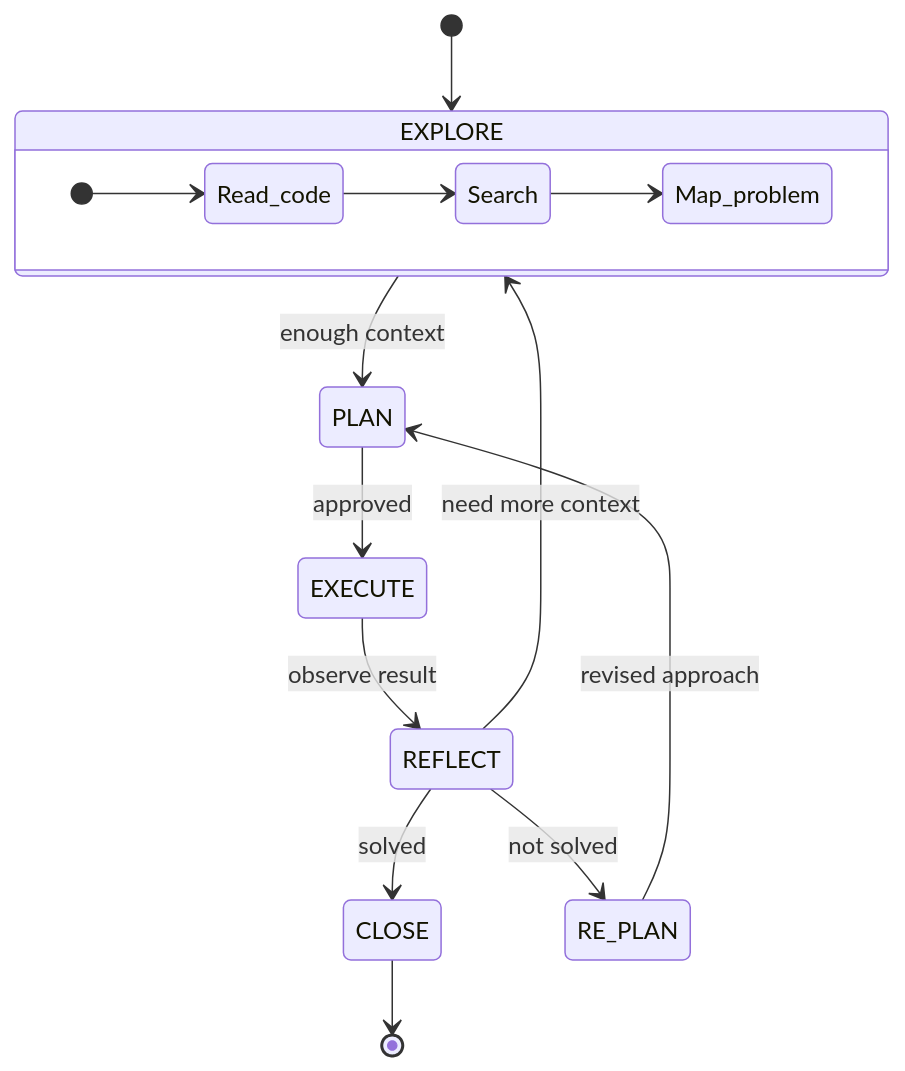
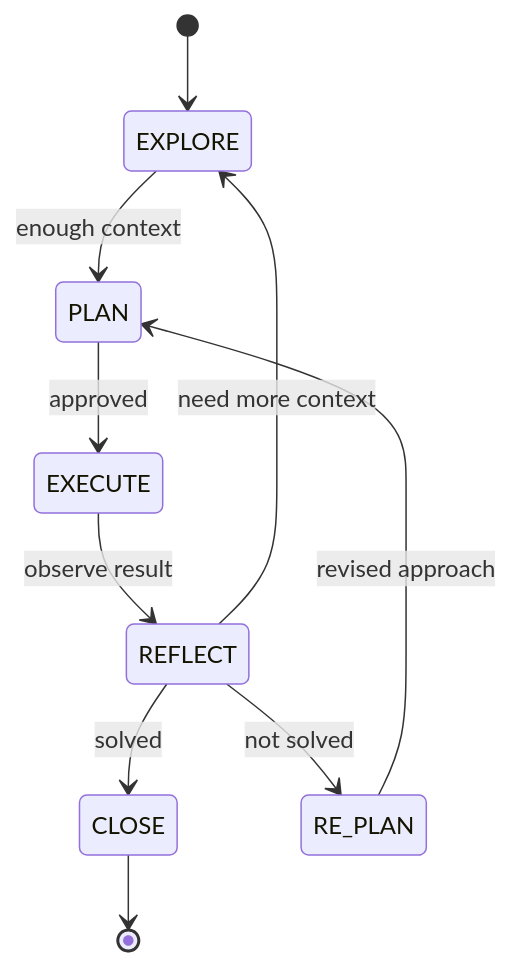
The diagram in README.md (NikolasMarkou/iterative-planner), drawn with Mermaid before and after one commit.

Commit message:
Remove EXPLORE substate from Mermaid diagram

````diff
--- a/README.md
+++ b/README.md
@@ -47,19 +47,12 @@
 ```mermaid
 stateDiagram-v2
     [*] --> EXPLORE
     EXPLORE --> PLAN : enough context
     PLAN --> EXECUTE : approved
     EXECUTE --> REFLECT : observe result
     REFLECT --> EXPLORE : need more context
     REFLECT --> CLOSE : solved
     REFLECT --> RE_PLAN : not solved
     RE_PLAN --> PLAN : revised approach
     CLOSE --> [*]
-
-    state EXPLORE {
-        direction LR
-        [*] --> Read_code
-        Read_code --> Search
-        Search --> Map_problem
-    }
 ```
````
